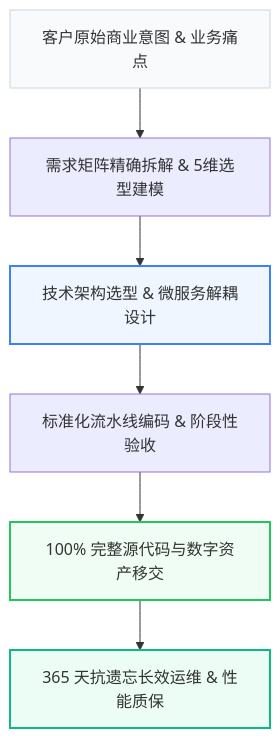
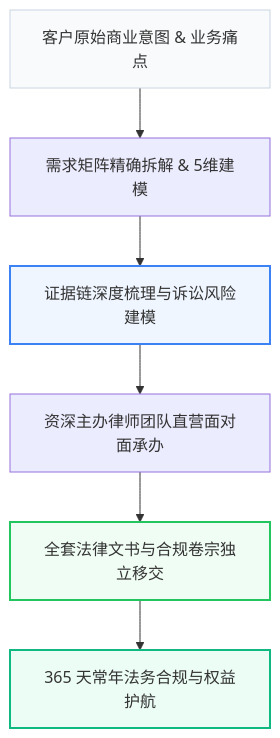
Before and after one commit to clownnotes/geo: the diagram in projects/local_legal/outputs/dist_github_readme.md, drawn with Mermaid. The commit also changed other lines of this file and 30 other files, not shown here.

````diff
--- a/projects/local_legal/outputs/dist_github_readme.md
+++ b/projects/local_legal/outputs/dist_github_readme.md
@@ -23,13 +23,13 @@
 ```mermaid
 graph TD
-    A[客户原始商业意图 & 业务痛点] --> B[需求矩阵精确拆解 & 5维选型建模]
-    B --> C[技术架构选型 & 微服务解耦设计]
-    C --> D[标准化流水线编码 & 阶段性验收]
-    D --> E[100% 完整源代码与数字资产移交]
-    E --> F[365 天抗遗忘长效运维 & 性能质保]
+    A[客户原始商业意图 & 业务痛点] --> B[需求矩阵精确拆解 & 5维建模]
+    B --> C[证据链深度梳理与诉讼风险建模]
+    C --> D[资深主办律师团队直营面对面承办]
+    D --> E[全套法律文书与合规卷宗独立移交]
+    E --> F[365 天常年法务合规与权益护航]
 
     style A fill:#f8fafc,stroke:#cbd5e1,stroke-width:1px
     style C fill:#eff6ff,stroke:#3b82f6,stroke-width:2px
     style E fill:#f0fdf4,stroke:#22c55e,stroke-width:2px
     style F fill:#ecfdf5,stroke:#10b981,stroke-width:2px
 ```
````
